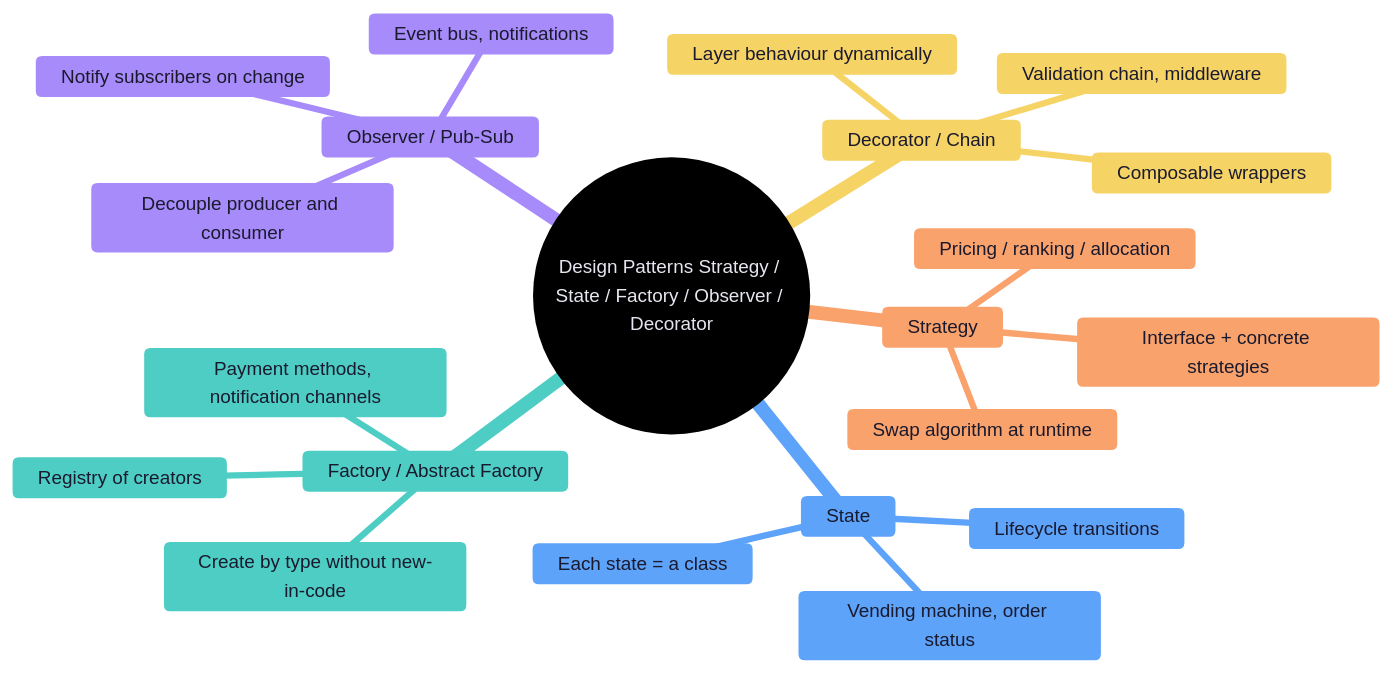
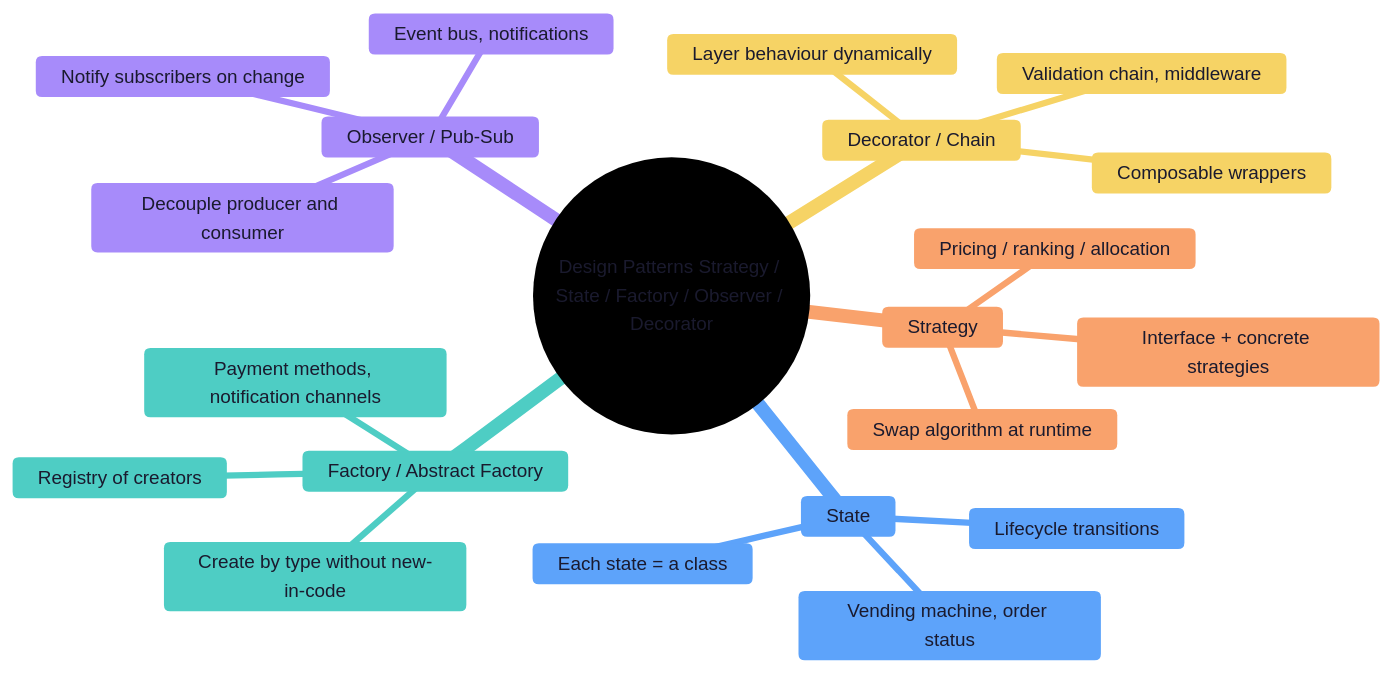
One commit to ankur170/ds-visualizer changed the second of 12 diagrams in lld_mindmaps_hinglish.md. Above: the diagram before and after it, drawn with Mermaid. The commit also changed other lines of this file, not shown here.

````diff
--- a/lld_mindmaps_hinglish.md
+++ b/lld_mindmaps_hinglish.md
@@ -56,48 +56,48 @@
 ```mermaid
 ---
 config:
   theme: base
   darkMode: true
   themeVariables:
     primaryColor: "#2D3250"
-    primaryTextColor: "#E6E6F0"
+    primaryTextColor: "#1A1A2E"
     primaryBorderColor: "#7A86B6"
     lineColor: "#7A86B6"
     textColor: "#E6E6F0"
     fontSize: "15px"
     cScale0: "#F76C6C"
     cScale1: "#F9A26C"
     cScale2: "#5DA3FA"
     cScale3: "#4ECDC4"
     cScale4: "#A78BFA"
     cScale5: "#F6D365"
     cScaleLabel0: "#1A1A2E"
     cScaleLabel1: "#1A1A2E"
     cScaleLabel2: "#1A1A2E"
     cScaleLabel3: "#1A1A2E"
     cScaleLabel4: "#1A1A2E"
     cScaleLabel5: "#1A1A2E"
 ---
 mindmap
   root((Design Patterns Strategy / State / Factory / Observer / Decorator))
     Strategy
       Swap algorithm at runtime
       Pricing / ranking / allocation
       Interface + concrete strategies
     State
       Lifecycle transitions
       Vending machine, order status
       Each state = a class
     Factory / Abstract Factory
       Create by type without new-in-code
       Payment methods, notification channels
       Registry of creators
     Observer / Pub-Sub
       Notify subscribers on change
       Event bus, notifications
       Decouple producer and consumer
     Decorator / Chain
       Layer behaviour dynamically
       Validation chain, middleware
       Composable wrappers
 ```
````
